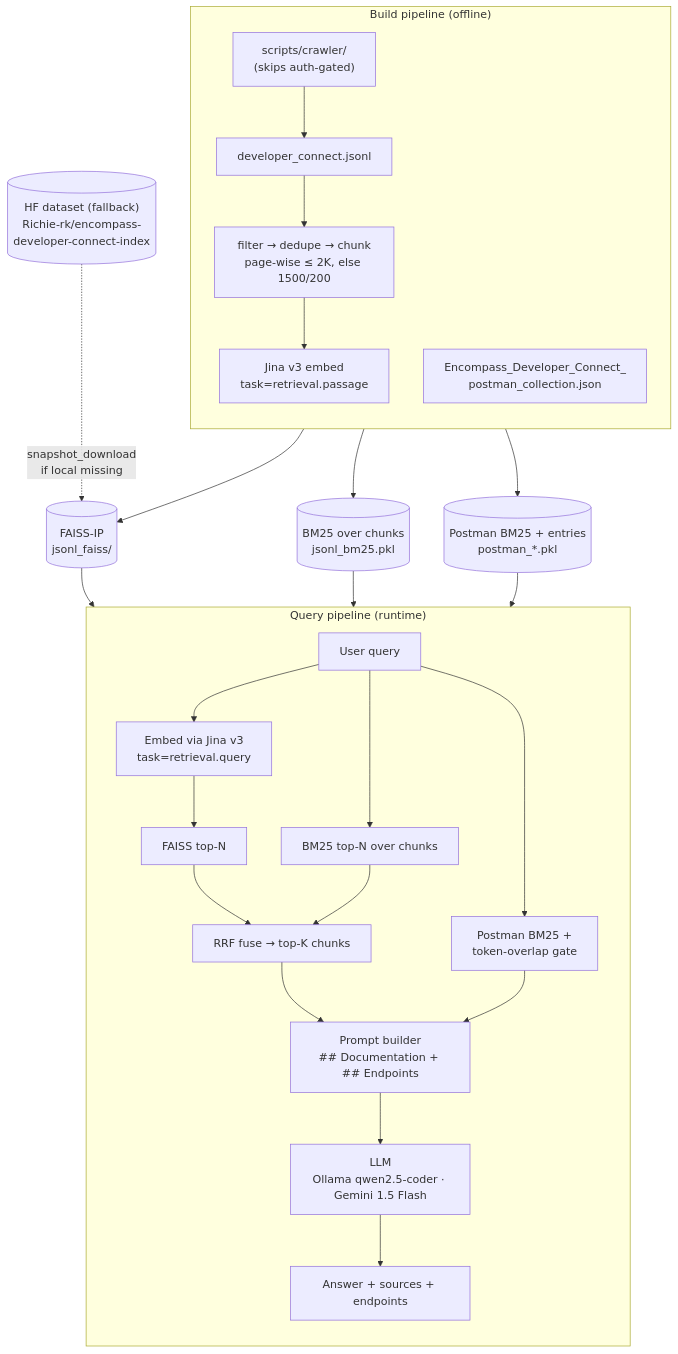
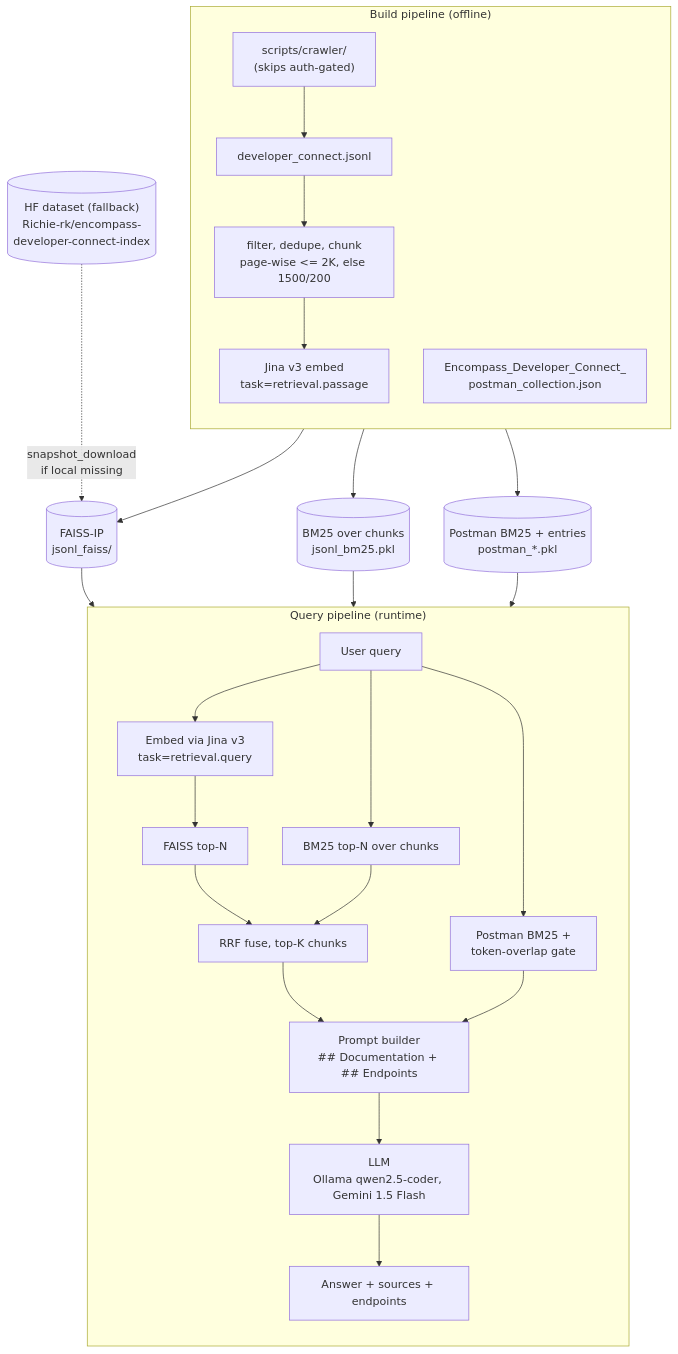
One commit to richie-rk/Encompass-Rag-Assistant changed the diagram in README.md. Above: the diagram before and after it, drawn with Mermaid. The commit also changed other lines of this file, not shown here.

````diff
--- a/README.md
+++ b/README.md
@@ -61,34 +57,34 @@
 ```mermaid
 flowchart TD
     subgraph Ingest["Build pipeline (offline)"]
         direction TB
         Crawler["scripts/crawler/<br/>(skips auth-gated)"] --> JSONL["developer_connect.jsonl"]
-        JSONL --> FDC["filter → dedupe → chunk<br/>page-wise ≤ 2K, else 1500/200"]
+        JSONL --> FDC["filter, dedupe, chunk<br/>page-wise <= 2K, else 1500/200"]
         FDC --> Embed["Jina v3 embed<br/>task=retrieval.passage"]
         Postman["Encompass_Developer_Connect_<br/>postman_collection.json"]
     end
 
     Embed --> FAISS[("FAISS-IP<br/>jsonl_faiss/")]
     Embed --> BM25C[("BM25 over chunks<br/>jsonl_bm25.pkl")]
     Postman --> PEntries[("Postman BM25 + entries<br/>postman_*.pkl")]
 
     HF[("HF dataset (fallback)<br/>Richie-rk/encompass-developer-connect-index")] -. "snapshot_download<br/>if local missing" .-> FAISS
 
     subgraph Runtime["Query pipeline (runtime)"]
         direction TB
         Q["User query"] --> QE["Embed via Jina v3<br/>task=retrieval.query"]
         QE --> Sem["FAISS top-N"]
         Q --> Lex["BM25 top-N over chunks"]
-        Sem --> RRF["RRF fuse → top-K chunks"]
+        Sem --> RRF["RRF fuse, top-K chunks"]
         Lex --> RRF
         Q --> PG["Postman BM25 +<br/>token-overlap gate"]
         RRF --> Prompt["Prompt builder<br/>## Documentation + ## Endpoints"]
         PG --> Prompt
-        Prompt --> LLM["LLM<br/>Ollama qwen2.5-coder · Gemini 1.5 Flash"]
+        Prompt --> LLM["LLM<br/>Ollama qwen2.5-coder, Gemini 1.5 Flash"]
         LLM --> Ans["Answer + sources + endpoints"]
     end
 
     FAISS --> Sem
     BM25C --> Lex
     PEntries --> PG
 ```
````
